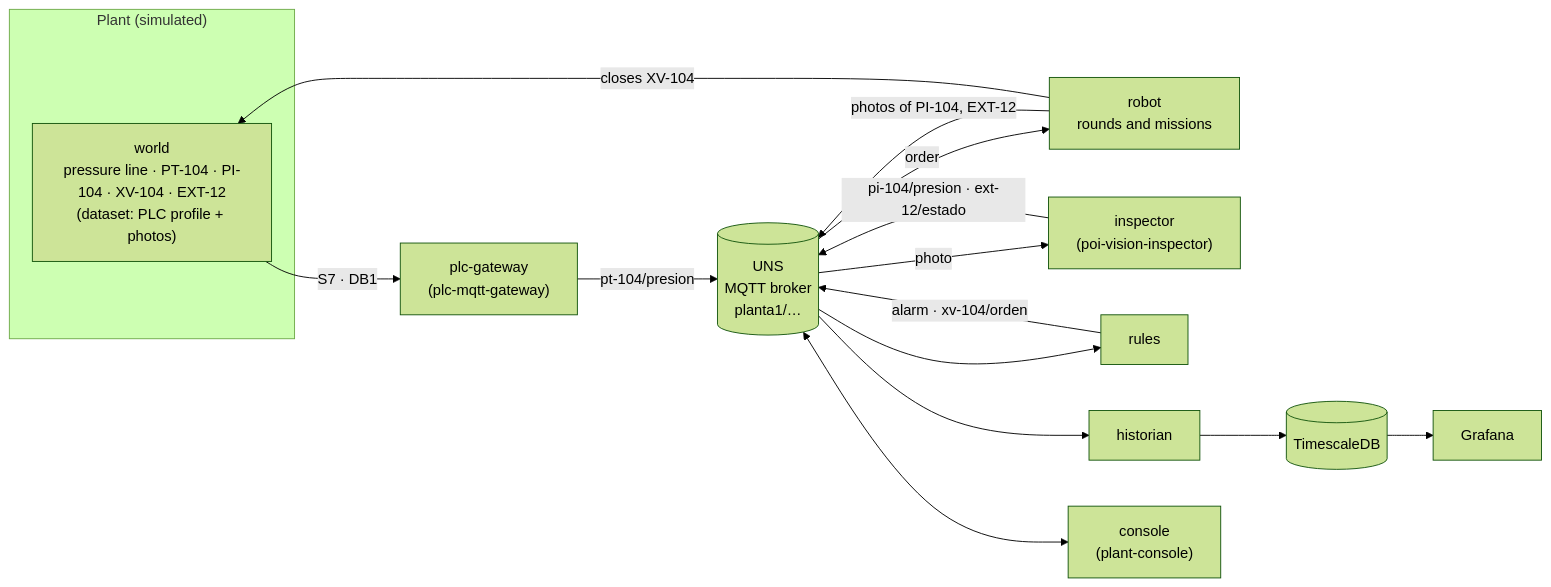
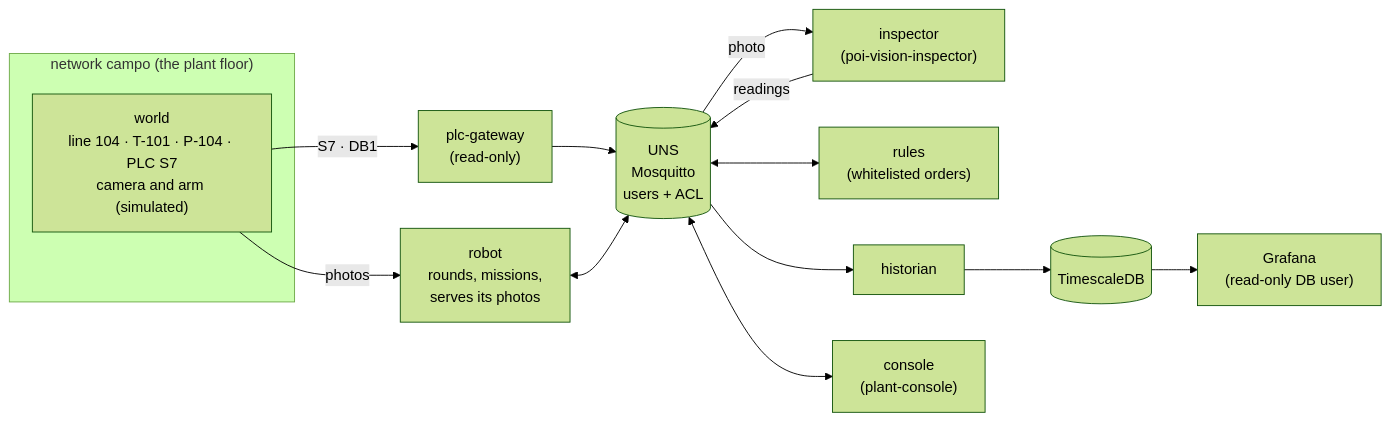
The diagram in README.md (aseinotegi/industrial-uns-demo), drawn with Mermaid (forest theme) before and after one commit. The commit also changed other lines of this file and 47 other files, not shown here.

First line of the commit message:
A realistic plant, more PLC signals, real photos and a locked-down network

````diff
--- a/README.md
+++ b/README.md
@@ -13,18 +15,15 @@
 ```mermaid
 flowchart LR
-    subgraph plant["Plant (simulated)"]
-        W["world<br/>pressure line · PT-104 · PI-104 · XV-104 · EXT-12<br/>(dataset: PLC profile + photos)"]
+    subgraph campo["network campo (the plant floor)"]
+        W["world<br/>line 104 · T-101 · P-104 · PLC S7<br/>camera and arm (simulated)"]
     end
-    R["robot<br/>rounds and missions"] -- "photos of PI-104, EXT-12" --> B
-    W -- "S7 · DB1" --> G["plc-gateway<br/>(plc-mqtt-gateway)"]
-    G -- "pt-104/presion" --> B
-    B[("UNS<br/>MQTT broker<br/>planta1/…")]
+    W -- "S7 · DB1" --> G["plc-gateway<br/>(read-only)"]
+    W -- "photos" --> R["robot<br/>rounds, missions,<br/>serves its photos"]
+    G --> B
+    R <--> B[("UNS<br/>Mosquitto<br/>users + ACL")]
     B -- photo --> V["inspector<br/>(poi-vision-inspector)"]
-    V -- "pi-104/presion · ext-12/estado" --> B
-    B --> RU["rules"]
-    RU -- "alarm · xv-104/orden" --> B
-    B -- order --> R
-    R -- "closes XV-104" --> W
-    B --> H["historian"] --> T[("TimescaleDB")] --> GR["Grafana"]
+    V -- readings --> B
+    B <--> RU["rules<br/>(whitelisted orders)"]
+    B --> H["historian"] --> T[("TimescaleDB")] --> GR["Grafana<br/>(read-only DB user)"]
     B <--> C["console<br/>(plant-console)"]
 ```
````
